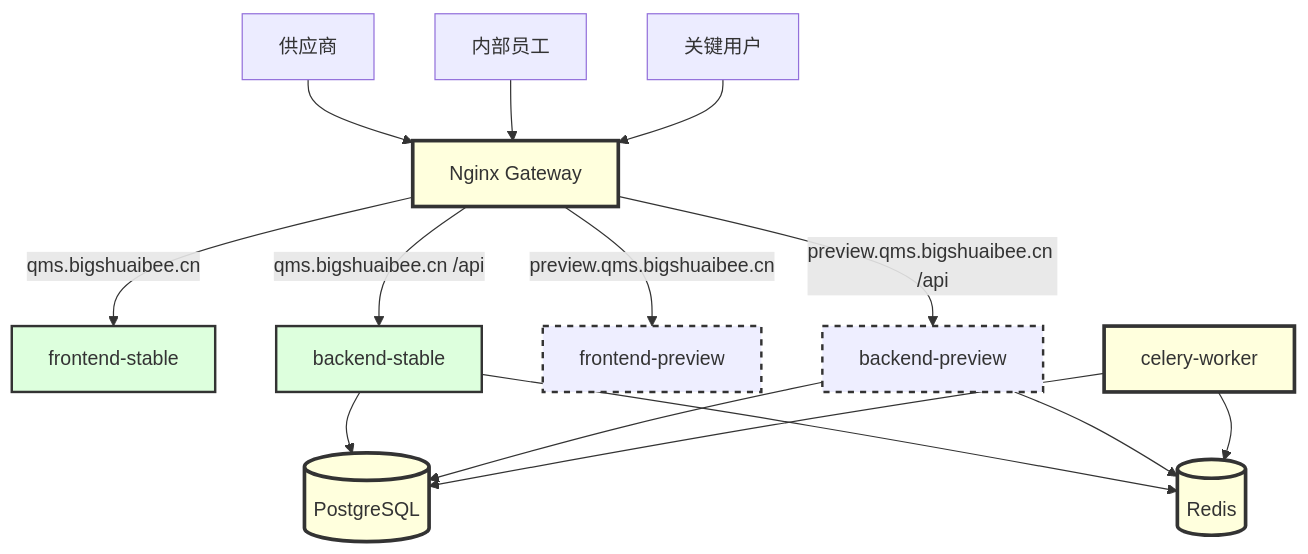
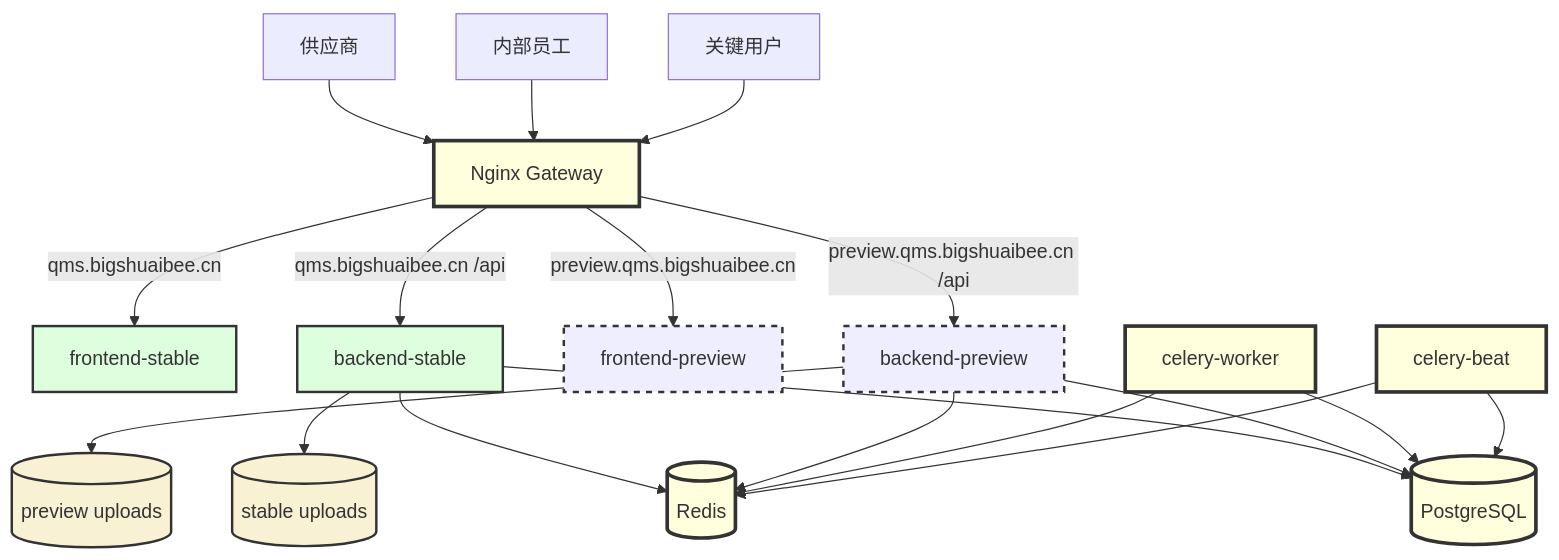
One commit to JasonShu0722/QMS changed the diagram in .kiro/steering/structure.md. Above: the diagram before and after it, drawn with Mermaid. The commit also changed other lines of this file and 26 other files, not shown here.

````diff
--- a/.kiro/steering/structure.md
+++ b/.kiro/steering/structure.md
@@ -130,22 +130,28 @@
 ```mermaid
 graph TD
     classDef stable fill:#dfd,stroke:#333,stroke-width:2px;
     classDef preview fill:#eef,stroke:#333,stroke-width:2px,stroke-dasharray: 5 5;
     classDef shared fill:#ffd,stroke:#333,stroke-width:3px;
+    classDef storage fill:#f8f1d4,stroke:#333,stroke-width:2px;
 
     Supplier[供应商] --> Nginx
     Staff[内部员工] --> Nginx
     KeyUser[关键用户] --> Nginx
 
     Nginx[Nginx Gateway]:::shared -->|qms.bigshuaibee.cn| FrontStable[frontend-stable]:::stable
     Nginx -->|qms.bigshuaibee.cn /api| ApiStable[backend-stable]:::stable
     Nginx -->|preview.qms.bigshuaibee.cn| FrontPreview[frontend-preview]:::preview
     Nginx -->|preview.qms.bigshuaibee.cn /api| ApiPreview[backend-preview]:::preview
 
     ApiStable --> Postgres[(PostgreSQL)]:::shared
     ApiPreview --> Postgres
     ApiStable --> Redis[(Redis)]:::shared
     ApiPreview --> Redis
+    ApiStable --> UploadStable[(stable uploads)]:::storage
+    ApiPreview --> UploadPreview[(preview uploads)]:::storage
+
     Worker[celery-worker]:::shared --> Redis
     Worker --> Postgres
+    Beat[celery-beat]:::shared --> Redis
+    Beat --> Postgres
 ```
````
